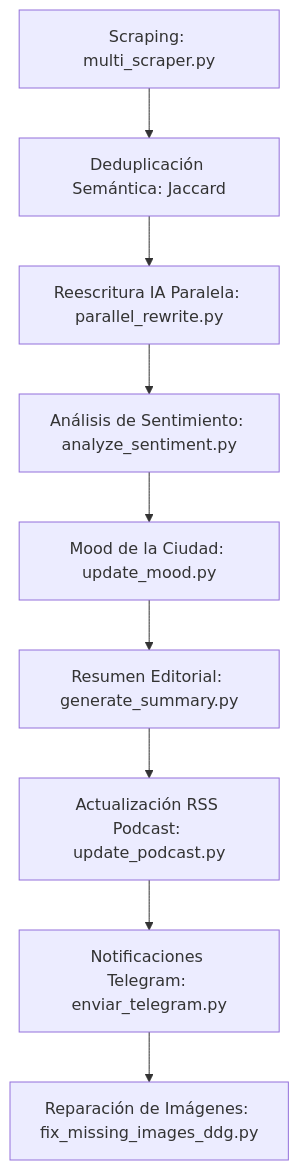
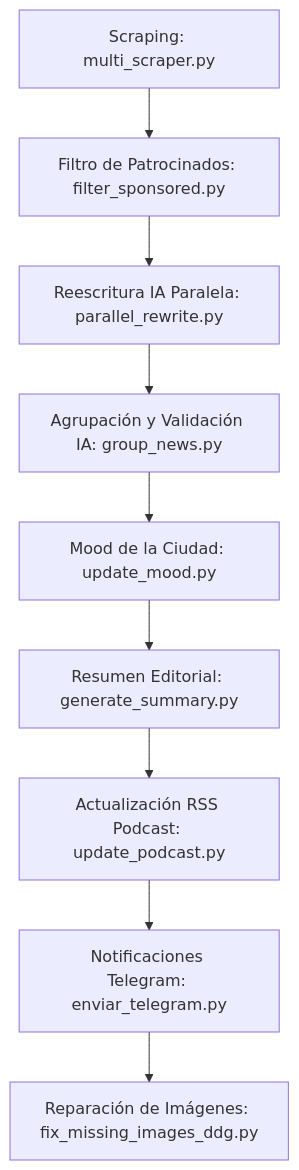
The diagram in README.md (eortas/Noticias_Gasteiz), drawn with Mermaid before and after one commit. The commit also changed other lines of this file and 1 other file, not shown here.

````diff
--- a/README.md
+++ b/README.md
@@ -13,11 +13,11 @@
 ```mermaid
 graph TD
-    A[Scraping: multi_scraper.py] --> B[Deduplicación Semántica: Jaccard]
+    A[Scraping: multi_scraper.py] --> B[Filtro de Patrocinados: filter_sponsored.py]
     B --> C[Reescritura IA Paralela: parallel_rewrite.py]
-    C --> D[Análisis de Sentimiento: analyze_sentiment.py]
+    C --> D[Agrupación y Validación IA: group_news.py]
     D --> E[Mood de la Ciudad: update_mood.py]
     E --> F[Resumen Editorial: generate_summary.py]
     F --> G[Actualización RSS Podcast: update_podcast.py]
     G --> H[Notificaciones Telegram: enviar_telegram.py]
     H --> I[Reparación de Imágenes: fix_missing_images_ddg.py]
 ```
````
